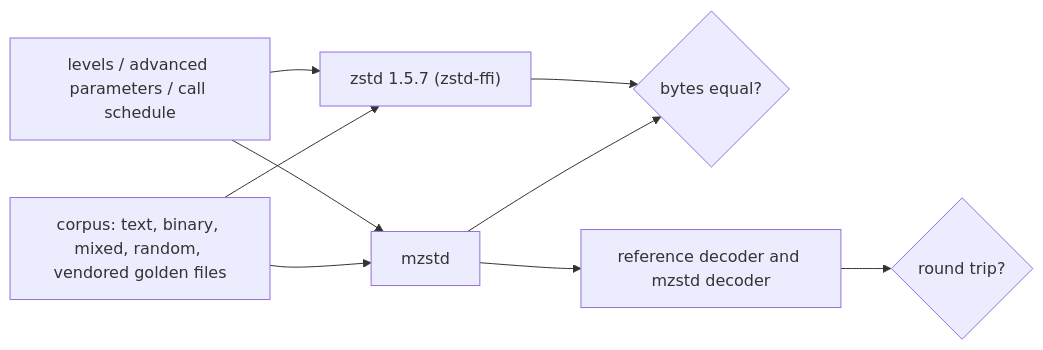
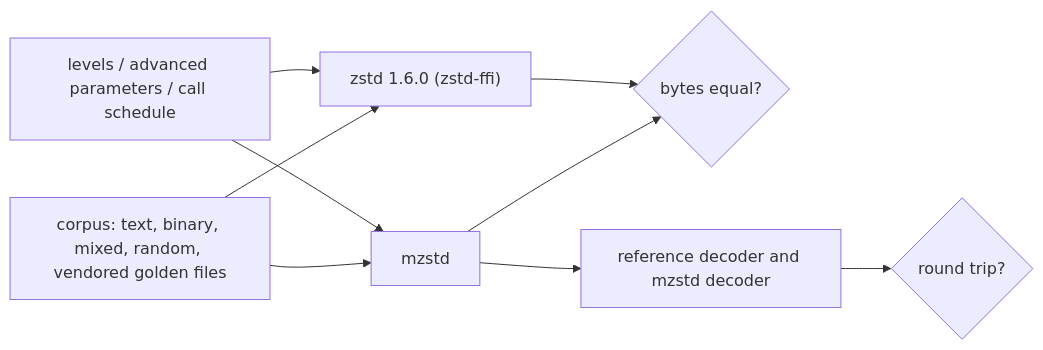
One commit to M-Compressors/mzstd changed the first of 2 diagrams in architecture/encoder-verification.md. Above: the diagram before and after it, drawn with Mermaid. The commit also changed other lines of this file and 63 other files, not shown here.

````diff
--- a/architecture/encoder-verification.md
+++ b/architecture/encoder-verification.md
@@ -8,11 +8,11 @@
 ```mermaid
 flowchart LR
     Corpus[corpus: text, binary, mixed, random, vendored golden files] --> Ours[mzstd]
-    Corpus --> Ref["zstd 1.5.7 (zstd-ffi)"]
+    Corpus --> Ref["zstd 1.6.0 (zstd-ffi)"]
     Params[levels / advanced parameters / call schedule] --> Ours
     Params --> Ref
     Ours --> Cmp{bytes equal?}
     Ref --> Cmp
     Ours --> Dec[reference decoder and mzstd decoder]
     Dec --> RT{round trip?}
 ```
````
